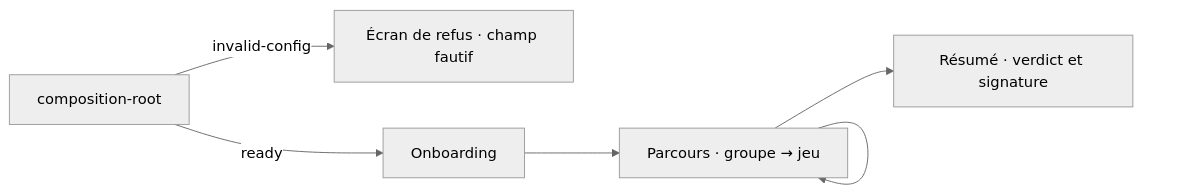
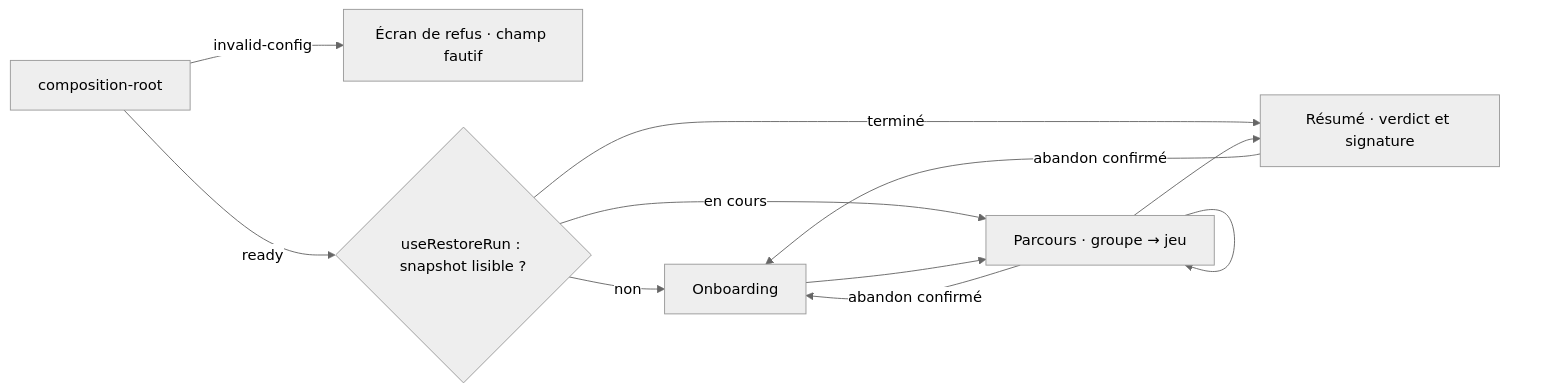
Before and after one commit to jdelauney/laivel-up-eval: the diagram in aidd_docs/memory/navigation.md, drawn with Mermaid (neutral theme). The commit also changed other lines of this file and 59 other files, not shown here.

````diff
--- a/aidd_docs/memory/navigation.md
+++ b/aidd_docs/memory/navigation.md
@@ -13,8 +23,13 @@
 ```mermaid
 flowchart LR
   root["composition-root"] -->|invalid-config| refus["Écran de refus · champ fautif"]
-  root -->|ready| onboarding[Onboarding]
-  onboarding --> parcours["Parcours · groupe → jeu"]
+  root -->|ready| restore{"useRestoreRun : snapshot lisible ?"}
+  restore -->|non| onboarding[Onboarding]
+  restore -->|en cours| parcours["Parcours · groupe → jeu"]
+  restore -->|terminé| resume["Résumé · verdict et signature"]
+  onboarding --> parcours
   parcours --> parcours
-  parcours --> resume["Résumé · verdict et signature"]
+  parcours --> resume
+  parcours -->|abandon confirmé| onboarding
+  resume -->|abandon confirmé| onboarding
 ```
````
